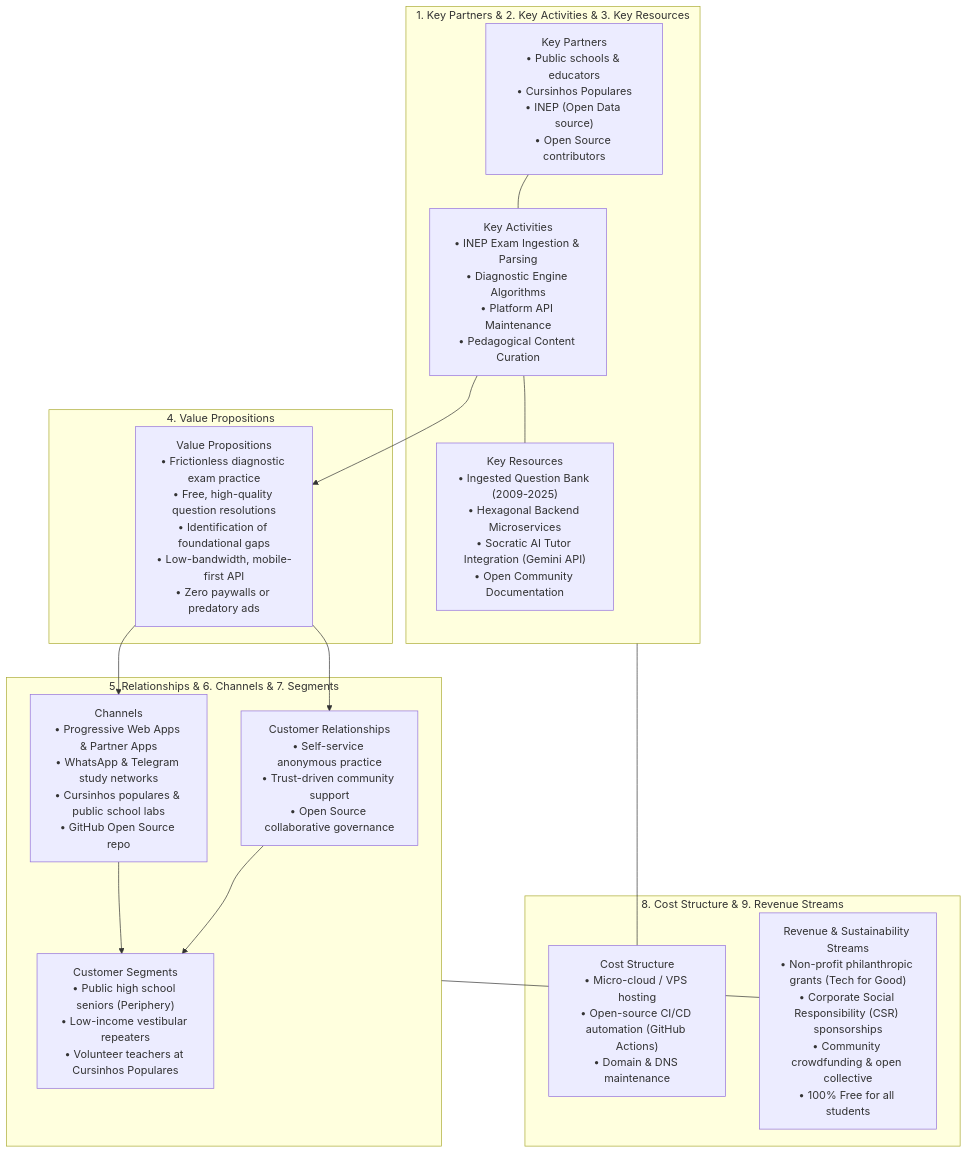
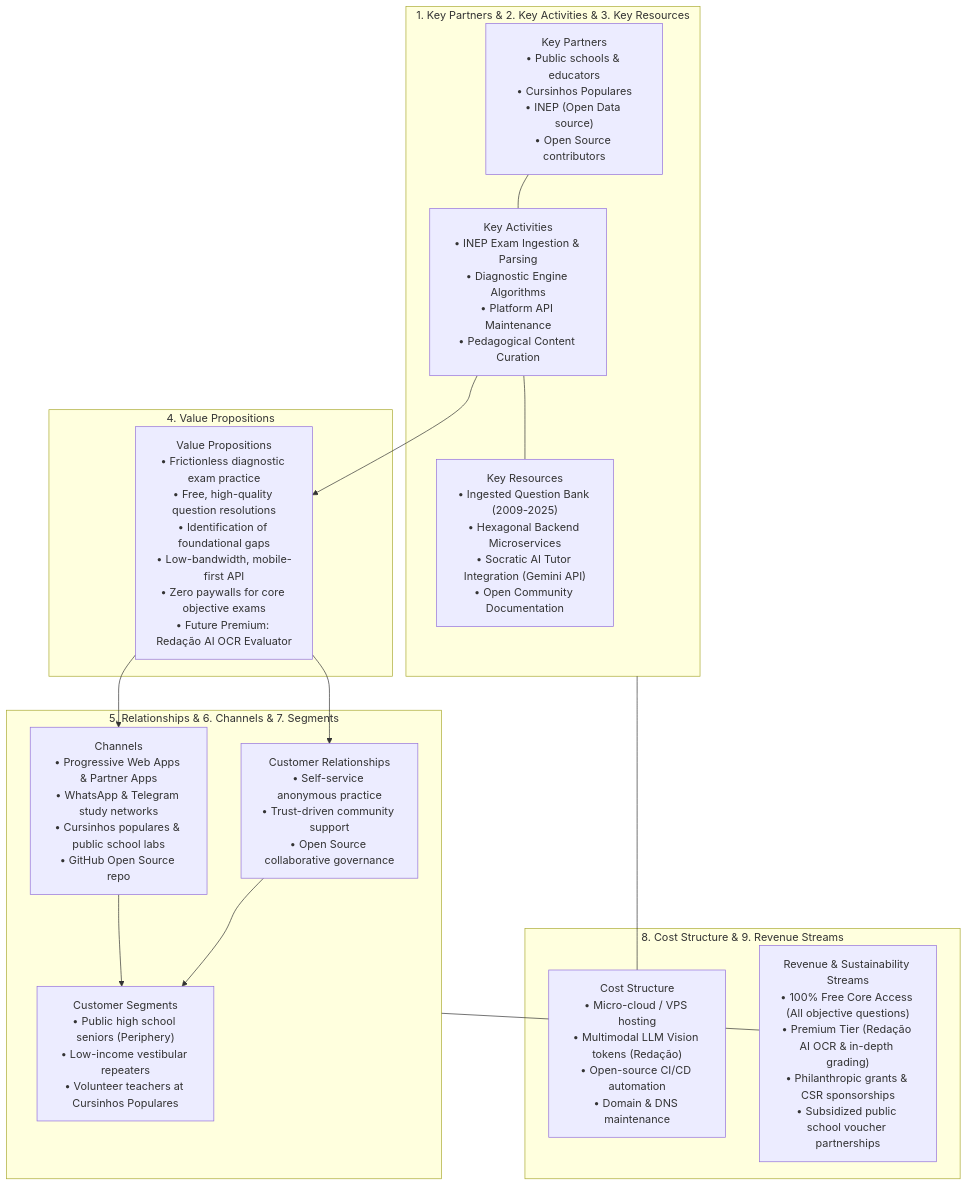
Before and after one commit to Veras-D/AprovaENEM: the first of 4 diagrams in docs/sprint-1/01-business-and-market-strategy.md, drawn with Mermaid. The commit also changed other lines of this file and 7 other files, not shown here.

Commit message:
feat(essay): architect Phase 2 premium AI essay evaluator with handwritten OCR and 5-competency grading

````diff
--- a/docs/sprint-1/01-business-and-market-strategy.md
+++ b/docs/sprint-1/01-business-and-market-strategy.md
@@ -19,30 +19,30 @@
 ```mermaid
 flowchart TD
     subgraph Infrastructure ["1. Key Partners & 2. Key Activities & 3. Key Resources"]
         KP["Key Partners<br/>• Public schools & educators<br/>• Cursinhos Populares<br/>• INEP (Open Data source)<br/>• Open Source contributors"]
         KA["Key Activities<br/>• INEP Exam Ingestion & Parsing<br/>• Diagnostic Engine Algorithms<br/>• Platform API Maintenance<br/>• Pedagogical Content Curation"]
         KR["Key Resources<br/>• Ingested Question Bank (2009-2025)<br/>• Hexagonal Backend Microservices<br/>• Socratic AI Tutor Integration (Gemini API)<br/>• Open Community Documentation"]
     end
 
     subgraph Core ["4. Value Propositions"]
-        VP["Value Propositions<br/>• Frictionless diagnostic exam practice<br/>• Free, high-quality question resolutions<br/>• Identification of foundational gaps<br/>• Low-bandwidth, mobile-first API<br/>• Zero paywalls or predatory ads"]
+        VP["Value Propositions<br/>• Frictionless diagnostic exam practice<br/>• Free, high-quality question resolutions<br/>• Identification of foundational gaps<br/>• Low-bandwidth, mobile-first API<br/>• Zero paywalls for core objective exams<br/>• Future Premium: Redação AI OCR Evaluator"]
     end
 
     subgraph Market ["5. Relationships & 6. Channels & 7. Segments"]
         CR["Customer Relationships<br/>• Self-service anonymous practice<br/>• Trust-driven community support<br/>• Open Source collaborative governance"]
         CH["Channels<br/>• Progressive Web Apps & Partner Apps<br/>• WhatsApp & Telegram study networks<br/>• Cursinhos populares & public school labs<br/>• GitHub Open Source repo"]
         CS["Customer Segments<br/>• Public high school seniors (Periphery)<br/>• Low-income vestibular repeaters<br/>• Volunteer teachers at Cursinhos Populares"]
     end
 
     subgraph Finance ["8. Cost Structure & 9. Revenue Streams"]
-        CST["Cost Structure<br/>• Micro-cloud / VPS hosting<br/>• Open-source CI/CD automation (GitHub Actions)<br/>• Domain & DNS maintenance"]
-        REV["Revenue & Sustainability Streams<br/>• Non-profit philanthropic grants (Tech for Good)<br/>• Corporate Social Responsibility (CSR) sponsorships<br/>• Community crowdfunding & open collective<br/>• 100% Free for all students"]
+        CST["Cost Structure<br/>• Micro-cloud / VPS hosting<br/>• Multimodal LLM Vision tokens (Redação)<br/>• Open-source CI/CD automation<br/>• Domain & DNS maintenance"]
+        REV["Revenue & Sustainability Streams<br/>• 100% Free Core Access (All objective questions)<br/>• Premium Tier (Redação AI OCR & in-depth grading)<br/>• Philanthropic grants & CSR sponsorships<br/>• Subsidized public school voucher partnerships"]
     end
 
     KP --- KA --- KR
     KA --> VP
     VP --> CR & CH
     CR & CH --> CS
     Infrastructure --- CST
     Market --- REV
 ```
````
